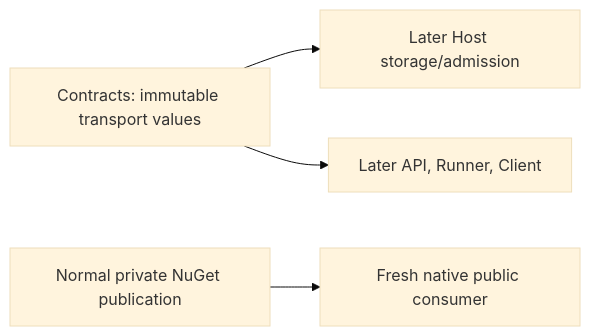
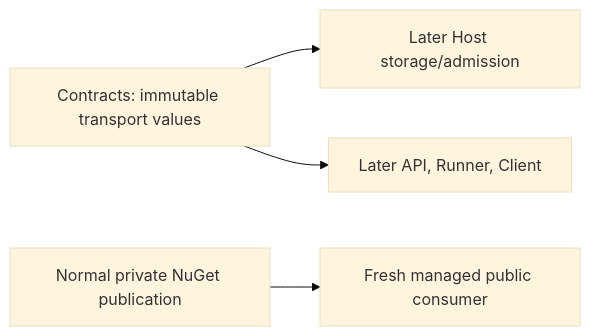
Before and after one commit to katasec/mission-control-language: the diagram in docs/phases/phase-76.6-mission-content-contracts.md, drawn with Mermaid (base theme). The commit also changed other lines of this file and 2 other files, not shown here.

Commit message:
Record reviewed content contracts merge and managed release gates

````diff
--- a/docs/phases/phase-76.6-mission-content-contracts.md
+++ b/docs/phases/phase-76.6-mission-content-contracts.md
@@ -30,6 +31,6 @@
 ```mermaid
 flowchart LR
   Contracts[Contracts: immutable transport values] --> Host[Later Host storage/admission]
   Contracts --> Consumers[Later API, Runner, Client]
-  Feed[Normal private NuGet publication] --> Probe[Fresh native public consumer]
+  Feed[Normal private NuGet publication] --> Probe[Fresh managed public consumer]
 ```
````
